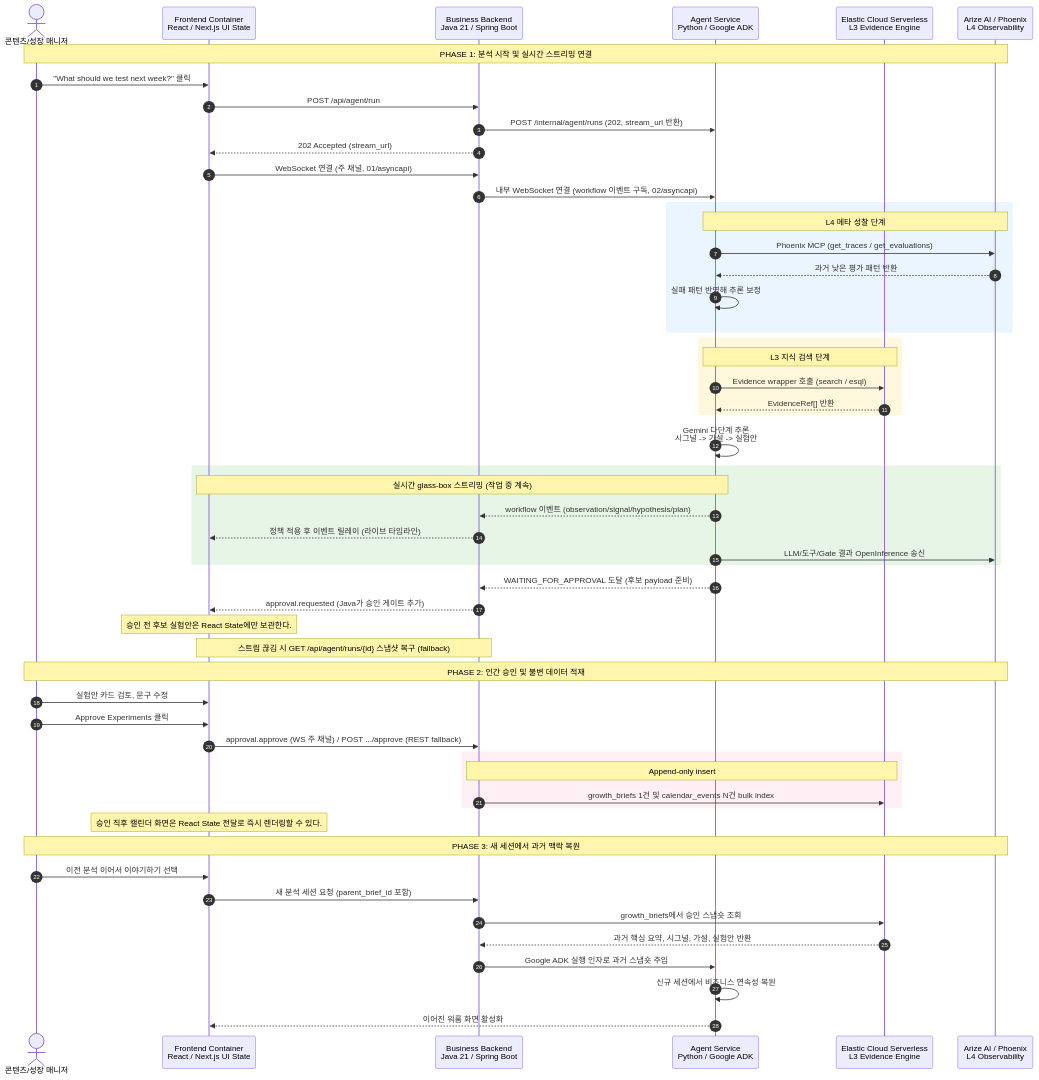
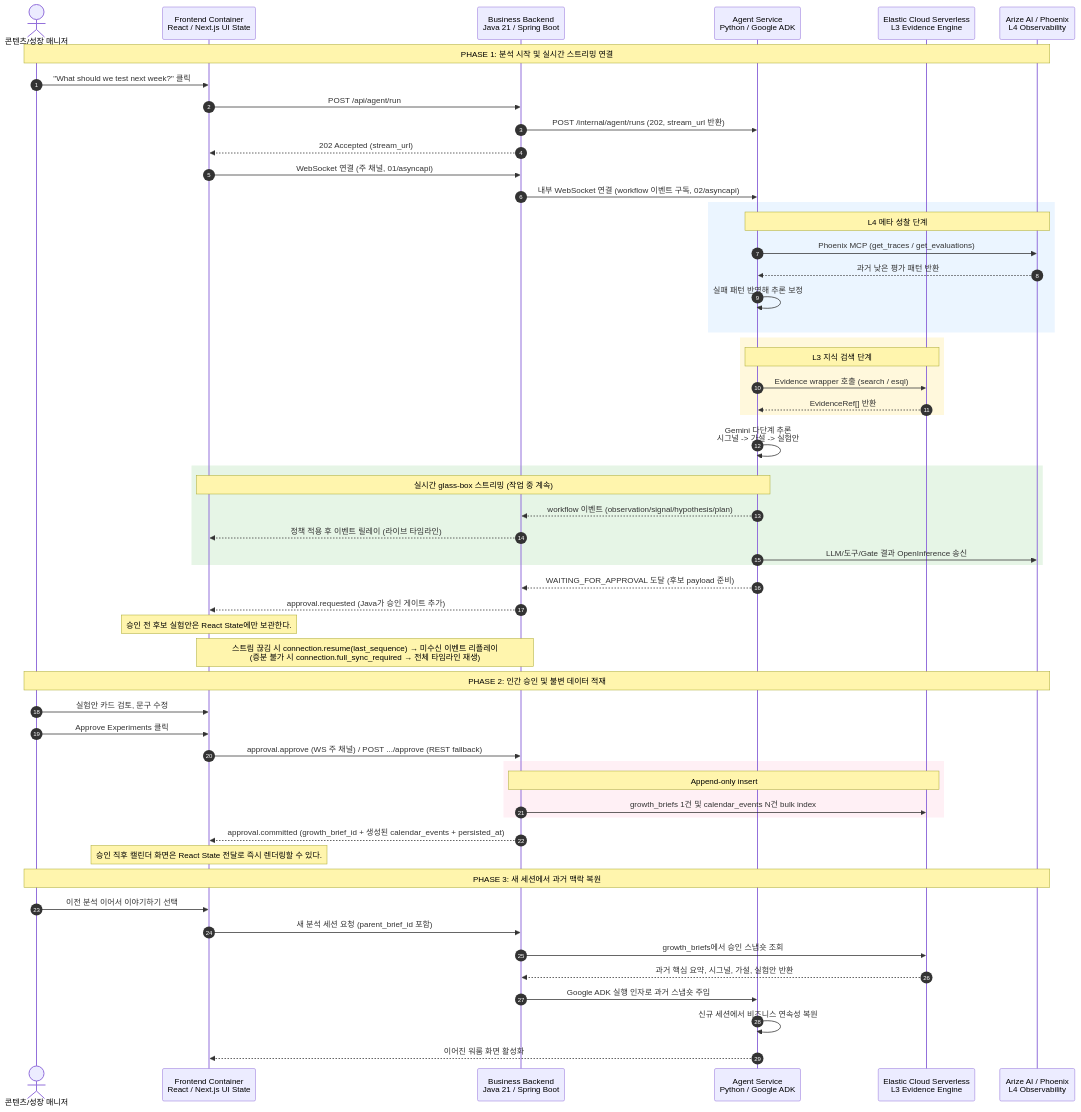
One commit to bbororo5/google_rapid_agent_hackaton changed the third of 5 diagrams in docs/architecture/launchpilot-c4.md. Above: the diagram before and after it, drawn with Mermaid. The commit also changed other lines of this file and 5 other files, not shown here.

````diff
--- a/docs/architecture/launchpilot-c4.md
+++ b/docs/architecture/launchpilot-c4.md
@@ -93,66 +93,67 @@
 ```mermaid
 sequenceDiagram
     autonumber
     actor User as 콘텐츠/성장 매니저
     participant FE as Frontend Container<br/>React / Next.js UI State
     participant BE as Business Backend<br/>Java 21 / Spring Boot
     participant AG as Agent Service<br/>Python / Google ADK
     participant Elastic as Elastic Cloud Serverless<br/>L3 Evidence Engine
     participant Arize as Arize AI / Phoenix<br/>L4 Observability
 
     Note over User, Arize: PHASE 1: 분석 시작 및 실시간 스트리밍 연결
     User->>FE: "What should we test next week?" 클릭
     FE->>BE: POST /api/agent/run
     BE->>AG: POST /internal/agent/runs (202, stream_url 반환)
     BE-->>FE: 202 Accepted (stream_url)
     FE->>BE: WebSocket 연결 (주 채널, 01/asyncapi)
     BE->>AG: 내부 WebSocket 연결 (workflow 이벤트 구독, 02/asyncapi)
 
     rect rgb(235, 245, 255)
         Note over AG, Arize: L4 메타 성찰 단계
         AG->>Arize: Phoenix MCP (get_traces / get_evaluations)
         Arize-->>AG: 과거 낮은 평가 패턴 반환
         AG->>AG: 실패 패턴 반영해 추론 보정
     end
 
     rect rgb(255, 248, 220)
         Note over AG, Elastic: L3 지식 검색 단계
         AG->>Elastic: Evidence wrapper 호출 (search / esql)
         Elastic-->>AG: EvidenceRef[] 반환
     end
 
     AG->>AG: Gemini 다단계 추론<br/>시그널 -> 가설 -> 실험안
 
     rect rgb(230, 245, 230)
         Note over FE, AG: 실시간 glass-box 스트리밍 (작업 중 계속)
         AG-->>BE: workflow 이벤트 (observation/signal/hypothesis/plan)
         BE-->>FE: 정책 적용 후 이벤트 릴레이 (라이브 타임라인)
         AG->>Arize: LLM/도구/Gate 결과 OpenInference 송신
     end
 
     AG-->>BE: WAITING_FOR_APPROVAL 도달 (후보 payload 준비)
     BE-->>FE: approval.requested (Java가 승인 게이트 추가)
     Note over FE: 승인 전 후보 실험안은 React State에만 보관한다.
-    Note over FE, BE: 스트림 끊김 시 GET /api/agent/runs/{id} 스냅샷 복구 (fallback)
+    Note over FE, BE: 스트림 끊김 시 connection.resume(last_sequence) → 미수신 이벤트 리플레이<br/>(증분 불가 시 connection.full_sync_required → 전체 타임라인 재생)
 
     Note over User, Arize: PHASE 2: 인간 승인 및 불변 데이터 적재
     User->>FE: 실험안 카드 검토, 문구 수정
     User->>FE: Approve Experiments 클릭
     FE->>BE: approval.approve (WS 주 채널) / POST .../approve (REST fallback)
 
     rect rgb(255, 240, 245)
         Note over BE, Elastic: Append-only insert
         BE->>Elastic: growth_briefs 1건 및 calendar_events N건 bulk index
     end
 
+    BE-->>FE: approval.committed (growth_brief_id + 생성된 calendar_events + persisted_at)
     Note over FE: 승인 직후 캘린더 화면은 React State 전달로 즉시 렌더링할 수 있다.
 
     Note over User, Arize: PHASE 3: 새 세션에서 과거 맥락 복원
     User->>FE: 이전 분석 이어서 이야기하기 선택
     FE->>BE: 새 분석 세션 요청 (parent_brief_id 포함)
     BE->>Elastic: growth_briefs에서 승인 스냅숏 조회
     Elastic-->>BE: 과거 핵심 요약, 시그널, 가설, 실험안 반환
     BE->>AG: Google ADK 실행 인자로 과거 스냅숏 주입
     AG->>AG: 신규 세션에서 비즈니스 연속성 복원
     AG-->>FE: 이어진 워룸 화면 활성화
 ```
````
